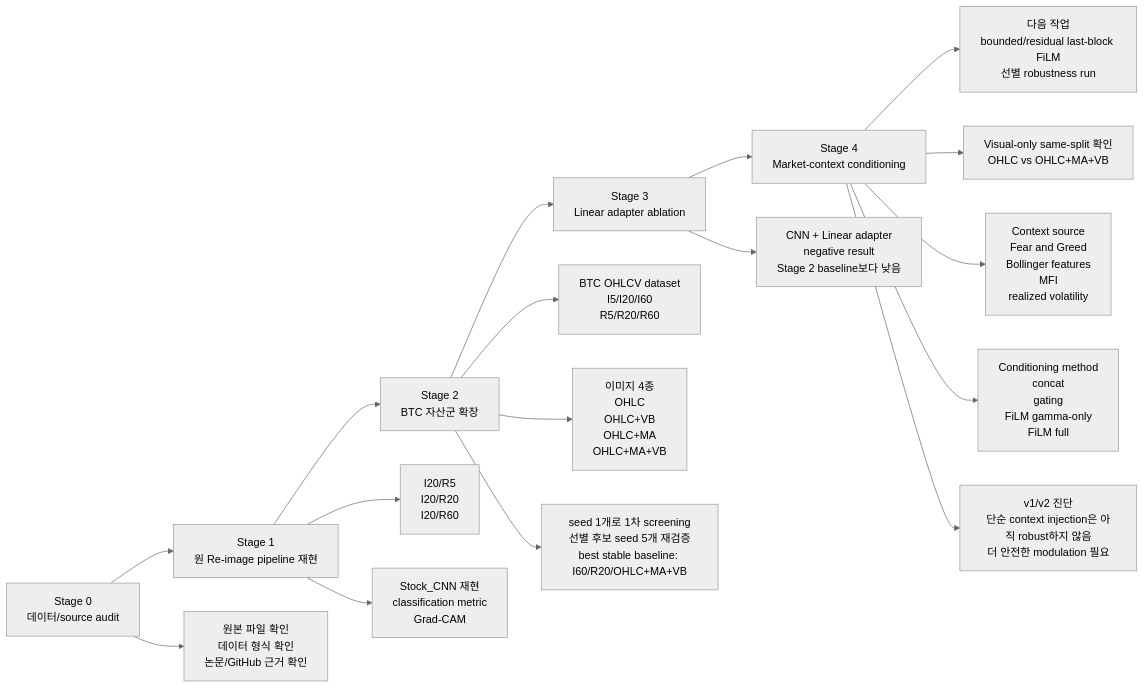
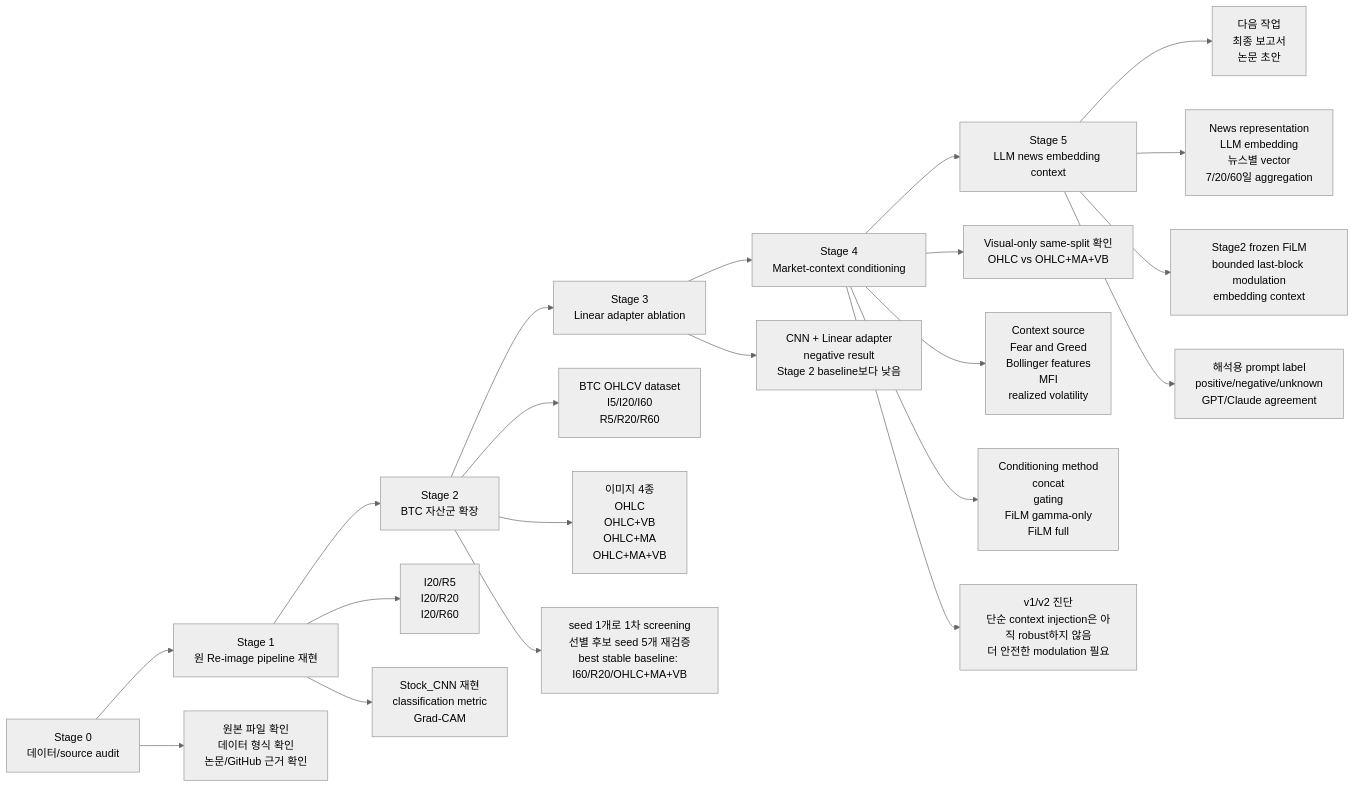
One commit to Jaehyeon-Jeong/Thesis changed the second of 2 diagrams in docs/overall_pipeline_diagram.md. Above: the diagram before and after it, drawn with Mermaid (neutral theme). The commit also changed other lines of this file and 52 other files, not shown here.

````diff
--- a/docs/overall_pipeline_diagram.md
+++ b/docs/overall_pipeline_diagram.md
@@ -37,27 +42,32 @@
 ```mermaid
 flowchart LR
     S0[Stage 0<br/>데이터/source audit]
     S1[Stage 1<br/>원 Re-image pipeline 재현]
     S2[Stage 2<br/>BTC 자산군 확장]
     S3[Stage 3<br/>Linear adapter ablation]
     S4[Stage 4<br/>Market-context conditioning]
-    NEXT[다음 작업<br/>bounded/residual last-block FiLM<br/>선별 robustness run]
+    S5[Stage 5<br/>LLM news embedding context]
+    NEXT[다음 작업<br/>최종 보고서<br/>논문 초안]
 
-    S0 --> S1 --> S2 --> S3 --> S4 --> NEXT
+    S0 --> S1 --> S2 --> S3 --> S4 --> S5 --> NEXT
 
     S0 --> S0A[원본 파일 확인<br/>데이터 형식 확인<br/>논문/GitHub 근거 확인]
 
     S1 --> S1A[I20/R5<br/>I20/R20<br/>I20/R60]
     S1 --> S1B[Stock_CNN 재현<br/>classification metric<br/>Grad-CAM]
 
     S2 --> S2A[BTC OHLCV dataset<br/>I5/I20/I60<br/>R5/R20/R60]
     S2 --> S2B[이미지 4종<br/>OHLC<br/>OHLC+VB<br/>OHLC+MA<br/>OHLC+MA+VB]
     S2 --> S2C[seed 1개로 1차 screening<br/>선별 후보 seed 5개 재검증<br/>best stable baseline: I60/R20/OHLC+MA+VB]
 
     S3 --> S3A[CNN + Linear adapter<br/>negative result<br/>Stage 2 baseline보다 낮음]
 
     S4 --> S4A[Visual-only same-split 확인<br/>OHLC vs OHLC+MA+VB]
     S4 --> S4B[Context source<br/>Fear and Greed<br/>Bollinger features<br/>MFI<br/>realized volatility]
     S4 --> S4C[Conditioning method<br/>concat<br/>gating<br/>FiLM gamma-only<br/>FiLM full]
     S4 --> S4D[v1/v2 진단<br/>단순 context injection은 아직 robust하지 않음<br/>더 안전한 modulation 필요]
+
+    S5 --> S5A[News representation<br/>LLM embedding<br/>뉴스별 vector<br/>7/20/60일 aggregation]
+    S5 --> S5B[Stage2 frozen FiLM<br/>bounded last-block modulation<br/>embedding context]
+    S5 --> S5C[해석용 prompt label<br/>positive/negative/unknown<br/>GPT/Claude agreement]
 ```
````
